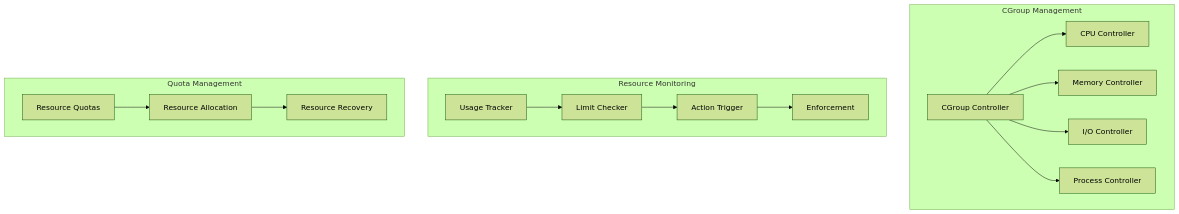
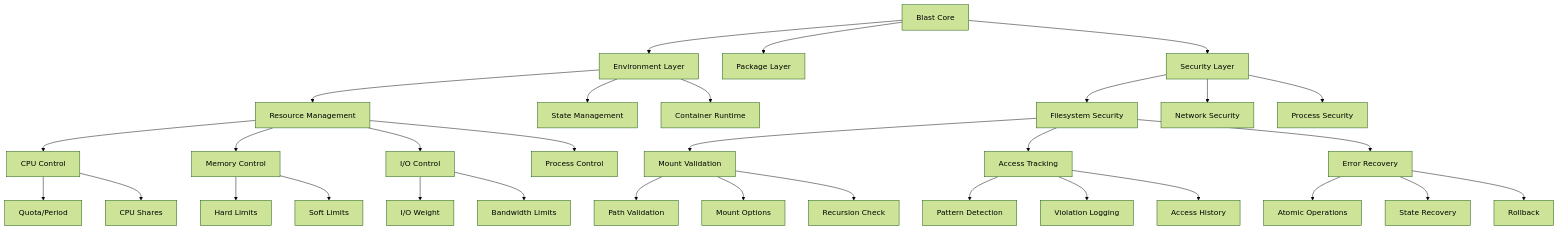
The ninth of 11 diagrams in docs/MERMAID.md (saint0x/blast-sdk), drawn with Mermaid (forest theme) before and after one commit. The commit also changed other lines of this file and 16 other files, not shown here.

````diff
--- a/docs/MERMAID.md
+++ b/docs/MERMAID.md
@@ -203,20 +203,44 @@
 ```mermaid
-graph TB
-    subgraph "CGroup Management"
-        CGroup[CGroup Controller] --> CPU[CPU Controller]
-        CGroup --> Memory[Memory Controller]
-        CGroup --> IO[I/O Controller]
-        CGroup --> PID[Process Controller]
-    end
+graph TD
+    A[Blast Core] --> B[Environment Layer]
+    A --> C[Package Layer]
+    A --> D[Security Layer]
     
-    subgraph "Resource Monitoring"
-        Usage[Usage Tracker] --> Limits[Limit Checker]
-        Limits --> Action[Action Trigger]
-        Action --> Enforce[Enforcement]
-    end
+    B --> E[Resource Management]
+    B --> F[State Management]
+    B --> G[Container Runtime]
     
-    subgraph "Quota Management"
-        Quota[Resource Quotas] --> Allocation[Resource Allocation]
-        Allocation --> Recovery[Resource Recovery]
-    end
+    E --> H[CPU Control]
+    E --> I[Memory Control]
+    E --> J[I/O Control]
+    E --> K[Process Control]
+    
+    H --> L[Quota/Period]
+    H --> M[CPU Shares]
+    
+    I --> N[Hard Limits]
+    I --> O[Soft Limits]
+    
+    J --> P[I/O Weight]
+    J --> Q[Bandwidth Limits]
+    
+    D --> R[Filesystem Security]
+    D --> S[Network Security]
+    D --> T[Process Security]
+    
+    R --> U[Mount Validation]
+    R --> V[Access Tracking]
+    R --> W[Error Recovery]
+    
+    U --> X[Path Validation]
+    U --> Y[Mount Options]
+    U --> Z[Recursion Check]
+    
+    V --> AA[Pattern Detection]
+    V --> AB[Violation Logging]
+    V --> AC[Access History]
+    
+    W --> AD[Atomic Operations]
+    W --> AE[State Recovery]
+    W --> AF[Rollback]
 ```
````
